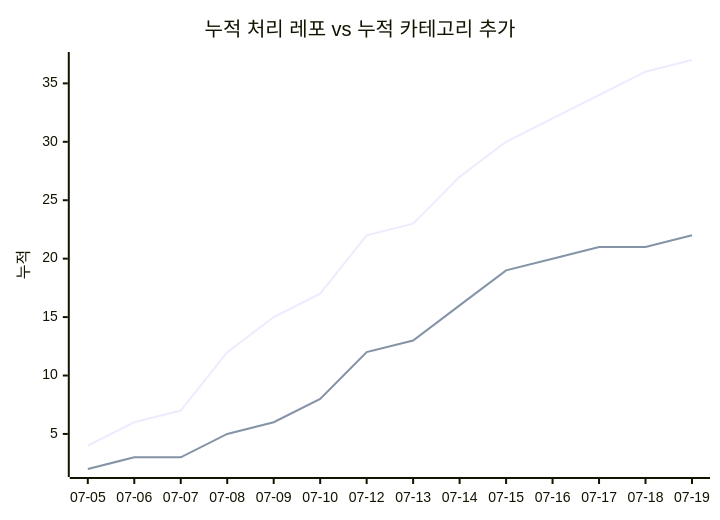
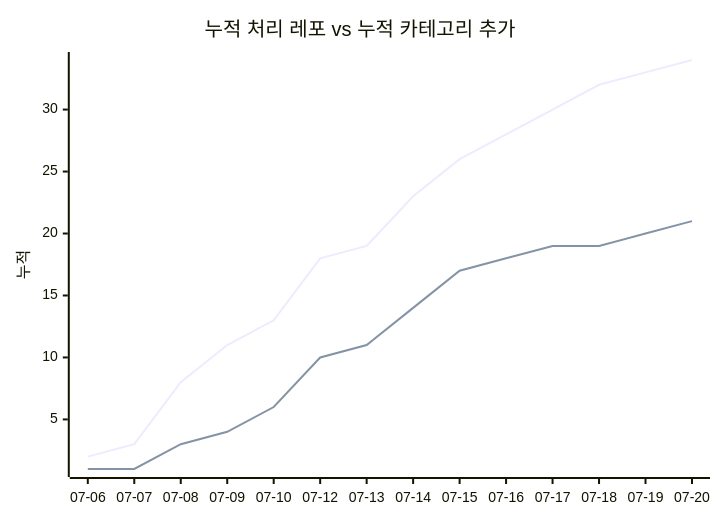
The second of 2 diagrams in docs/trends.md (J-nowcow/awesome-korean-agent-skills), drawn with Mermaid before and after one commit. The commit also changed other lines of this file and 4 other files, not shown here.

````diff
--- a/docs/trends.md
+++ b/docs/trends.md
@@ -68,8 +68,8 @@
 ```mermaid
 xychart-beta
     title "누적 처리 레포 vs 누적 카테고리 추가"
-    x-axis ["07-05","07-06","07-07","07-08","07-09","07-10","07-12","07-13","07-14","07-15","07-16","07-17","07-18","07-19"]
+    x-axis ["07-06","07-07","07-08","07-09","07-10","07-12","07-13","07-14","07-15","07-16","07-17","07-18","07-19","07-20"]
     y-axis "누적"
-    line [4,6,7,12,15,17,22,23,27,30,32,34,36,37]
-    line [2,3,3,5,6,8,12,13,16,19,20,21,21,22]
+    line [2,3,8,11,13,18,19,23,26,28,30,32,33,34]
+    line [1,1,3,4,6,10,11,14,17,18,19,19,20,21]
 ```
````
